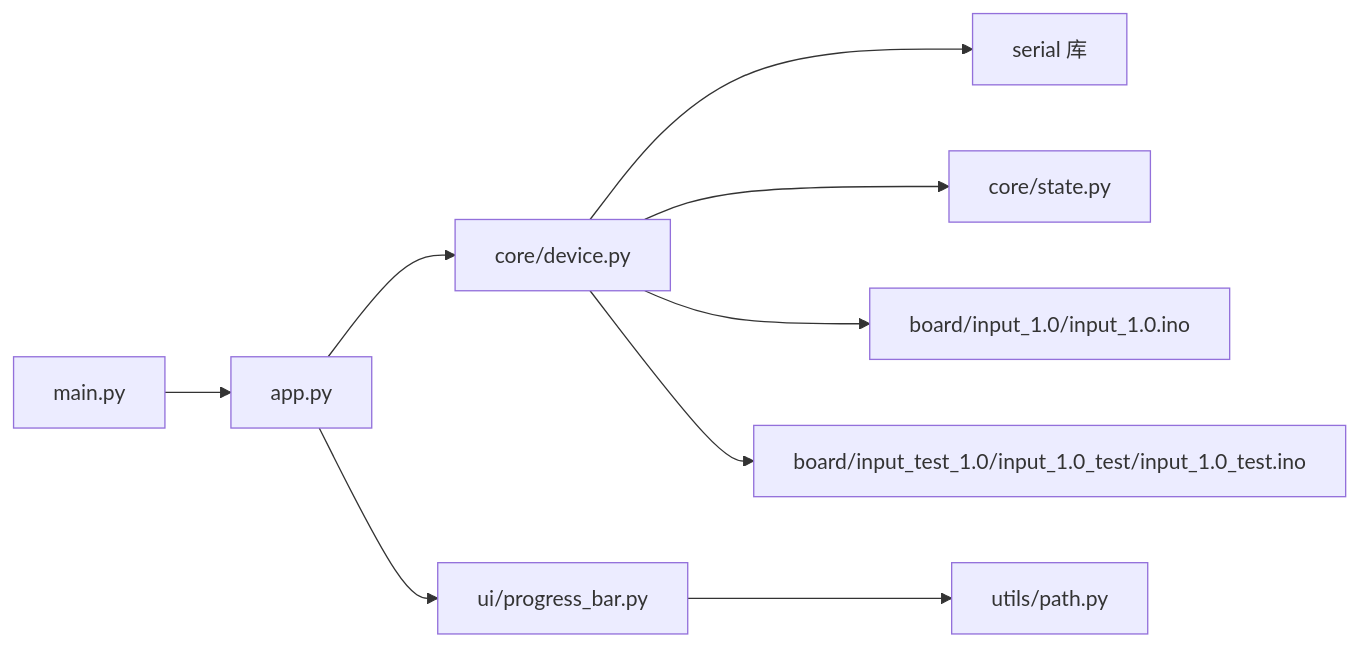
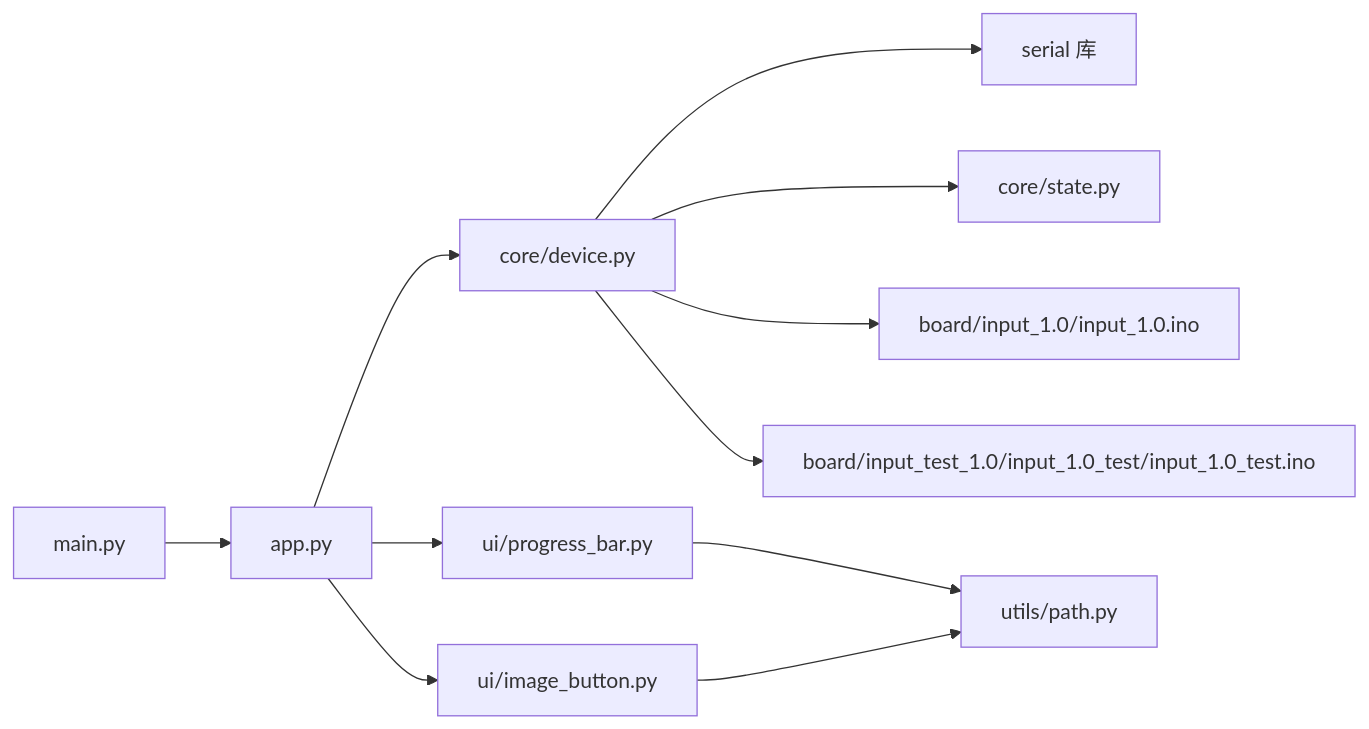
One commit to Hankun-P/wireless-keyboard-toy changed the seventh of 7 diagrams in .qoder/repowiki/zh/content/桌面应用架构/核心业务逻辑.md. Above: the diagram before and after it, drawn with Mermaid. The commit also changed other lines of this file and 10 other files, not shown here.

````diff
--- a/.qoder/repowiki/zh/content/桌面应用架构/核心业务逻辑.md
+++ b/.qoder/repowiki/zh/content/桌面应用架构/核心业务逻辑.md
@@ -347,11 +418,13 @@
 ```mermaid
 graph LR
 MAIN["main.py"] --> APP["app.py"]
 APP --> ARDUINO["core/device.py"]
 ARDUINO --> SERIAL["serial 库"]
 ARDUINO --> STATE["core/state.py"]
 APP --> PROGRESS["ui/progress_bar.py"]
+APP --> IMAGE_BTN["ui/image_button.py"]
 PROGRESS --> PATH["utils/path.py"]
+IMAGE_BTN --> PATH
 ARDUINO --> FIRMWARE["board/input_1.0/input_1.0.ino"]
 ARDUINO --> TEST_FIRMWARE["board/input_test_1.0/input_1.0_test/input_1.0_test.ino"]
 ```
````
